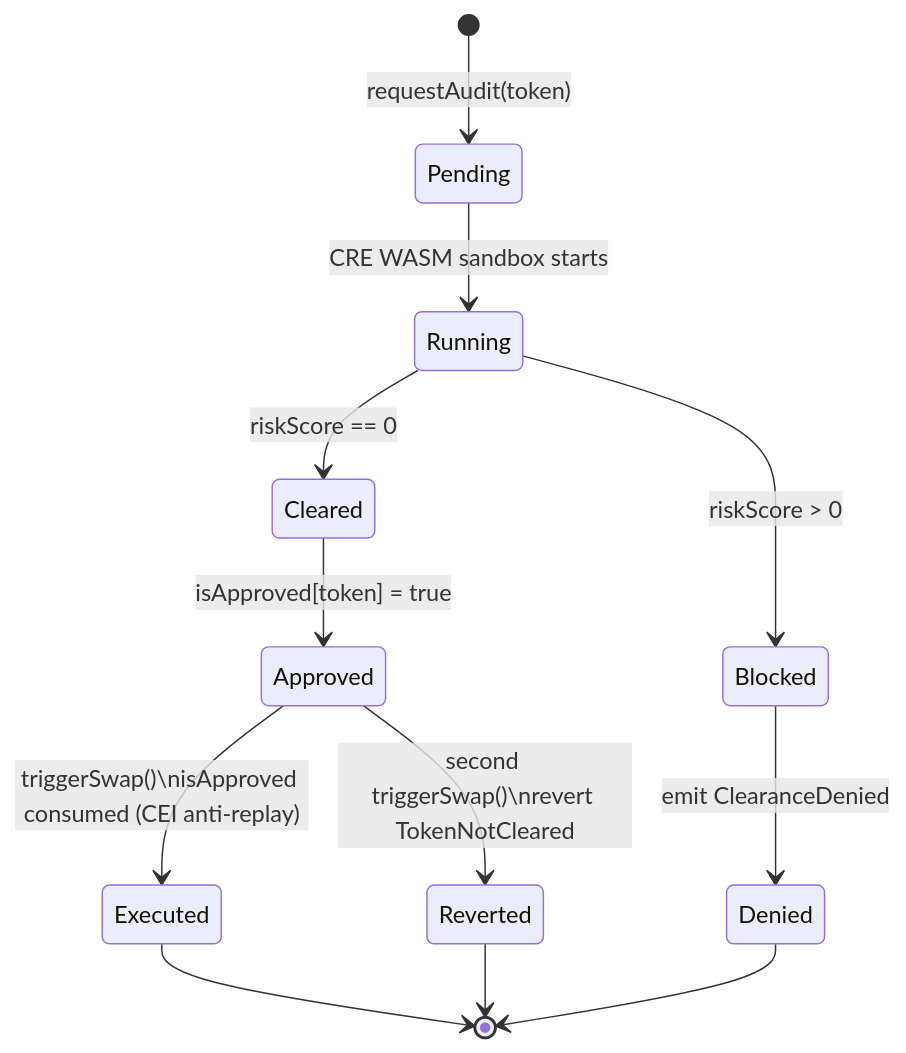
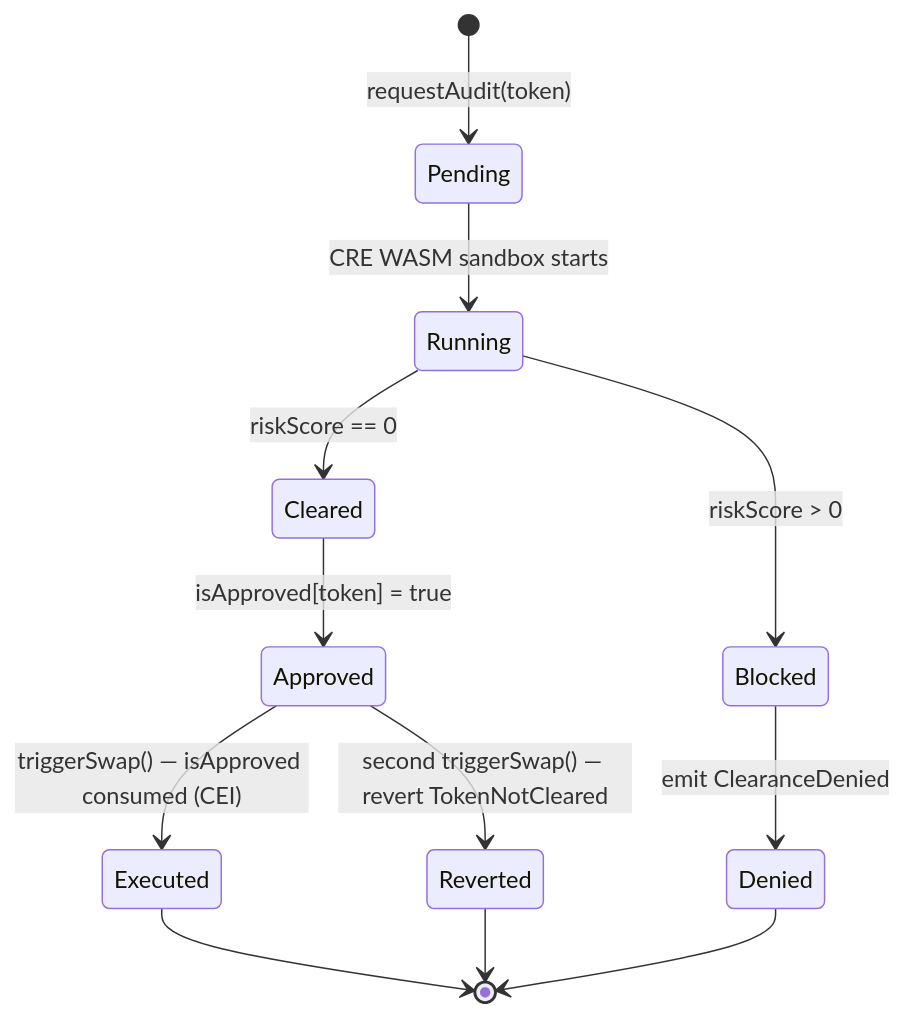
The third of 7 diagrams in docs/ARCHITECTURE.md (vjb/aegis-v5), drawn with Mermaid before and after one commit. The commit also changed other lines of this file, not shown here.

Commit message:
docs: fix mermaid line breaks for GitHub rendering

````diff
--- a/docs/ARCHITECTURE.md
+++ b/docs/ARCHITECTURE.md
@@ -81,14 +81,14 @@
 ```mermaid
 stateDiagram-v2
     [*] --> Pending : requestAudit(token)
     Pending --> Running : CRE WASM sandbox starts
     Running --> Cleared : riskScore == 0
     Running --> Blocked : riskScore > 0
     Cleared --> Approved : isApproved[token] = true
     Blocked --> Denied : emit ClearanceDenied
-    Approved --> Executed : triggerSwap()\nisApproved consumed (CEI anti-replay)
-    Approved --> Reverted : second triggerSwap()\nrevert TokenNotCleared
+    Approved --> Executed : triggerSwap() — isApproved consumed (CEI)
+    Approved --> Reverted : second triggerSwap() — revert TokenNotCleared
     Executed --> [*]
     Denied --> [*]
     Reverted --> [*]
 ```
````
